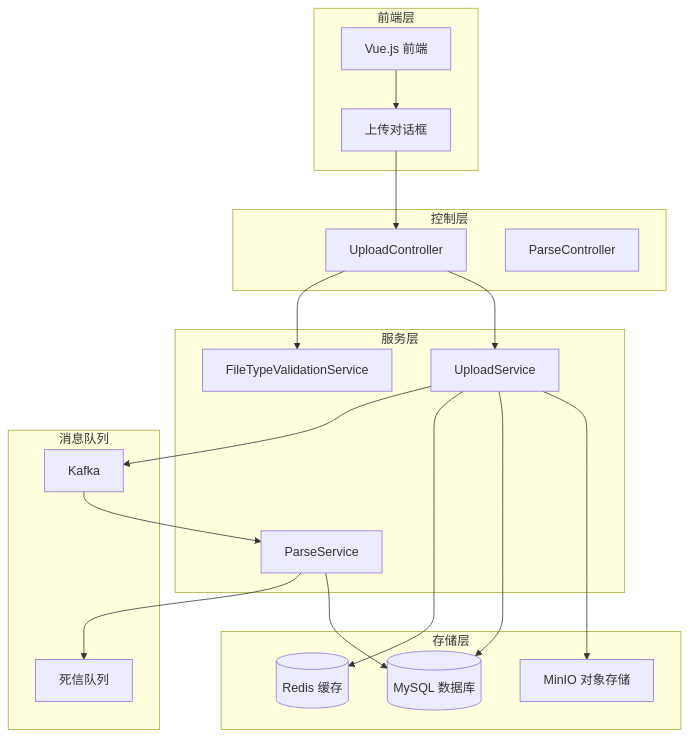
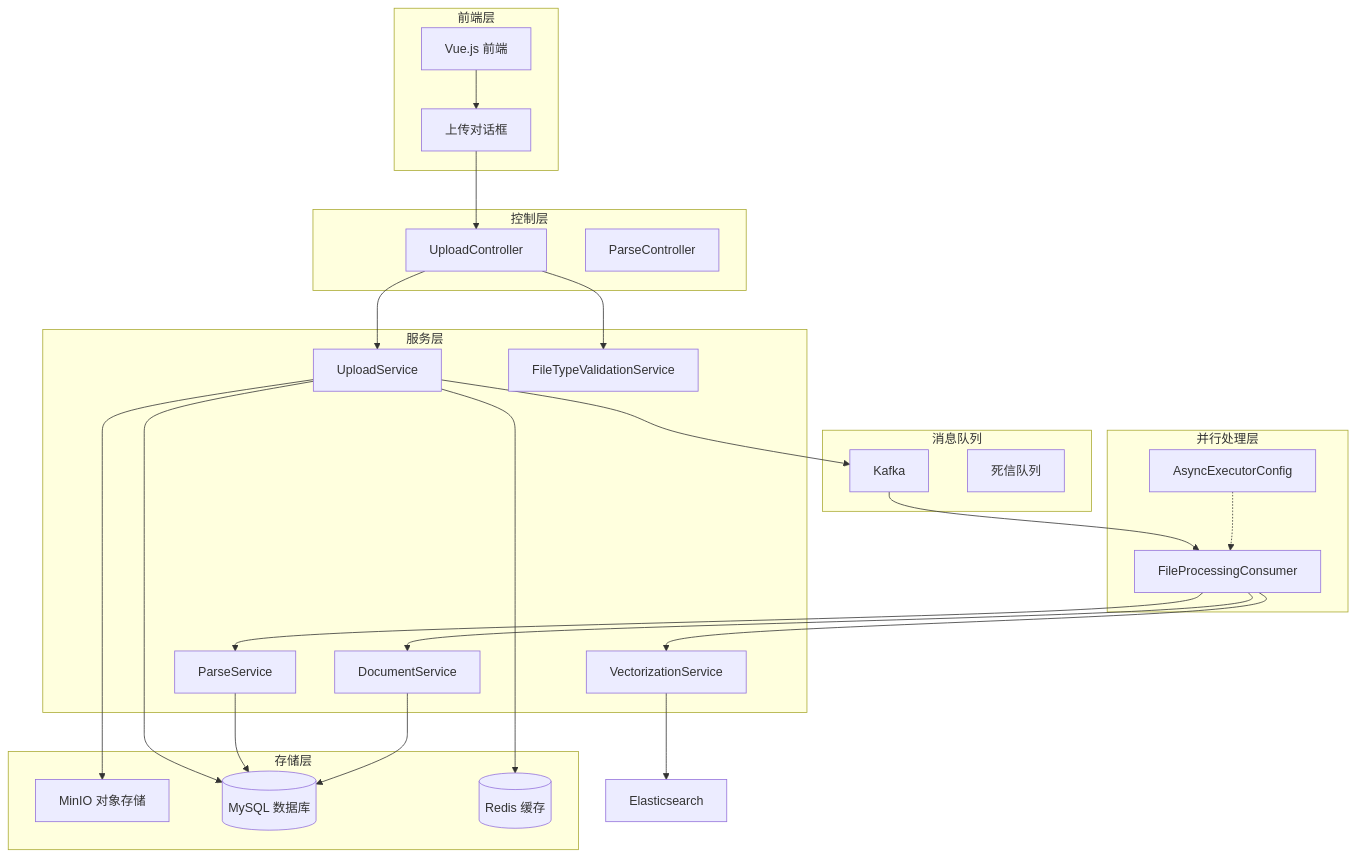
The first of 12 diagrams in .qoder/repowiki/zh/content/后端架构/核心模块/文件上传系统.md (xuytwinter/PaiSmart), drawn with Mermaid before and after one commit. The commit also changed other lines of this file and 12 other files, not shown here.

````diff
--- a/.qoder/repowiki/zh/content/后端架构/核心模块/文件上传系统.md
+++ b/.qoder/repowiki/zh/content/后端架构/核心模块/文件上传系统.md
@@ -48,36 +66,47 @@
 ```mermaid
 graph TB
 subgraph "前端层"
 FE[Vue.js 前端]
 UD[上传对话框]
 end
 subgraph "控制层"
 UC[UploadController]
 PC[ParseController]
 end
 subgraph "服务层"
 US[UploadService]
 PS[ParseService]
 FTVS[FileTypeValidationService]
+DS[DocumentService]
+VS[VectorizationService]
 end
 subgraph "存储层"
 MC[MinIO 对象存储]
 DB[(MySQL 数据库)]
 RD[(Redis 缓存)]
 end
 subgraph "消息队列"
 KF[Kafka]
 DL[死信队列]
 end
+subgraph "并行处理层"
+FC[FileProcessingConsumer]
+AEC[AsyncExecutorConfig]
+end
 FE --> UD
 UD --> UC
 UC --> US
 UC --> FTVS
 US --> MC
 US --> DB
 US --> RD
 US --> KF
-KF --> PS
+KF --> FC
+FC --> PS
+FC --> VS
+FC --> DS
 PS --> DB
-PS --> DL
+VS --> ES[Elasticsearch]
+DS --> DB
+AEC -.-> FC
 ```
````
